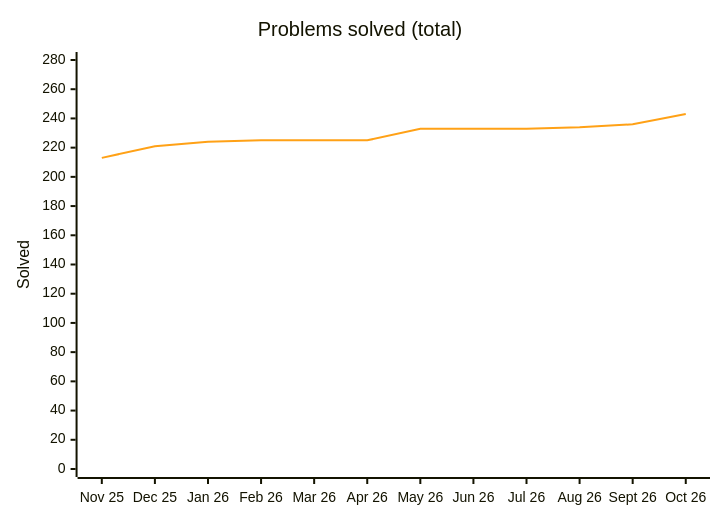
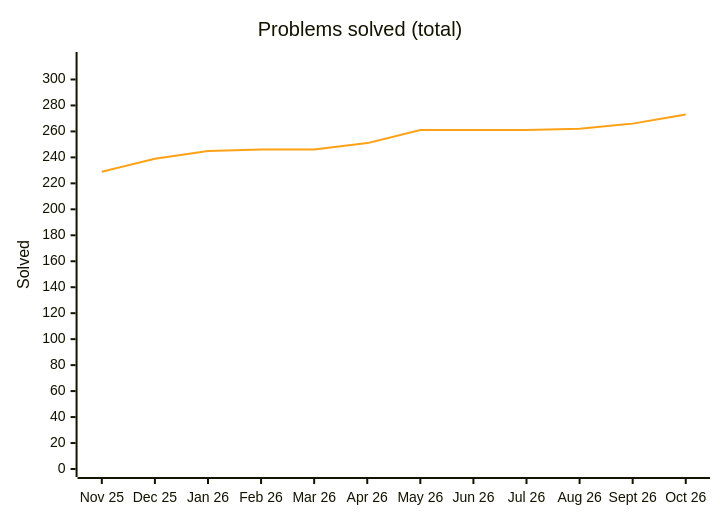
Before and after one commit to samy-D5/Leetcode: the diagram in README.md, drawn with Mermaid. The commit also changed other lines of this file and 32 other files, not shown here.

````diff
--- a/README.md
+++ b/README.md
@@ -42,8 +42,8 @@
 ```mermaid
 %%{init: {"themeVariables": {"xyChart": {"plotColorPalette": "#ffa116"}}}}%%
 xychart-beta
     title "Problems solved (total)"
     x-axis ["Nov 25", "Dec 25", "Jan 26", "Feb 26", "Mar 26", "Apr 26", "May 26", "Jun 26", "Jul 26", "Aug 26", "Sept 26", "Oct 26"]
-    y-axis "Solved" 0 --> 280
-    line [213, 221, 224, 225, 225, 225, 233, 233, 233, 234, 236, 243]
+    y-axis "Solved" 0 --> 315
+    line [229, 239, 245, 246, 246, 251, 261, 261, 261, 262, 266, 273]
 ```
````
